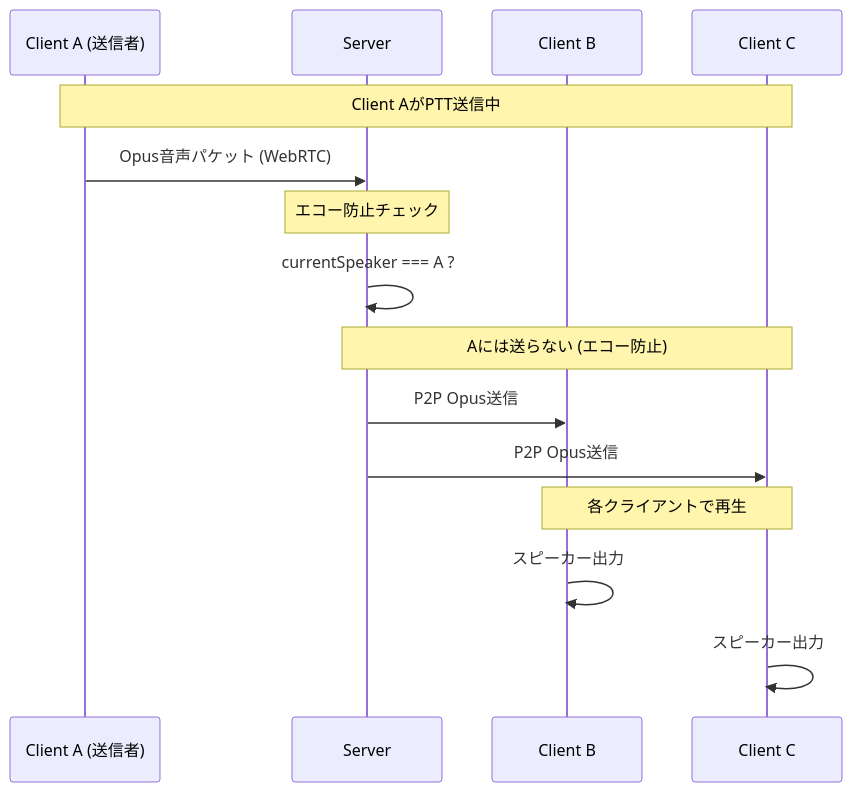
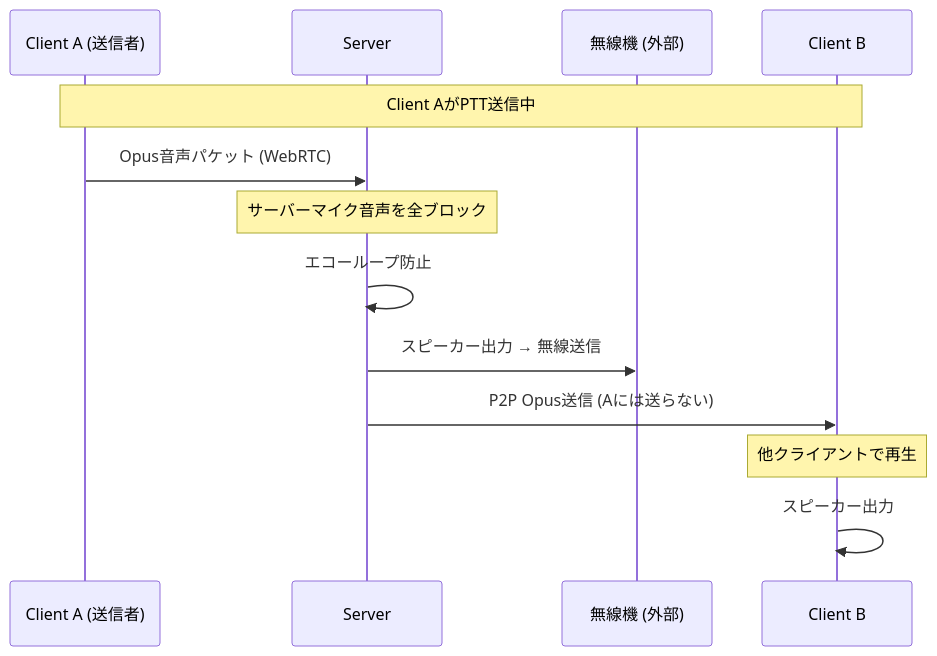
Before and after one commit to gamasenninn/ptt: the fourth of 8 diagrams in ptt-box/docs/communication-sequence.md, drawn with Mermaid. The commit also changed other lines of this file and 1 other file, not shown here.

````diff
--- a/ptt-box/docs/communication-sequence.md
+++ b/ptt-box/docs/communication-sequence.md
@@ -144,22 +169,20 @@
 ```mermaid
 sequenceDiagram
     participant A as Client A (送信者)
     participant S as Server
+    participant R as 無線機 (外部)
     participant B as Client B
-    participant C as Client C
 
-    Note over A,C: Client AがPTT送信中
+    Note over A,B: Client AがPTT送信中
 
     A->>S: Opus音声パケット (WebRTC)
 
-    Note over S: エコー防止チェック
-    S->>S: currentSpeaker === A ?
+    Note over S: サーバーマイク音声を全ブロック
+    S->>S: エコーループ防止
 
-    Note over S,C: Aには送らない (エコー防止)
-    S->>B: P2P Opus送信
-    S->>C: P2P Opus送信
+    S->>R: スピーカー出力 → 無線送信
+    S->>B: P2P Opus送信 (Aには送らない)
 
-    Note over B,C: 各クライアントで再生
+    Note over B: 他クライアントで再生
     B->>B: スピーカー出力
-    C->>C: スピーカー出力
 ```
````
